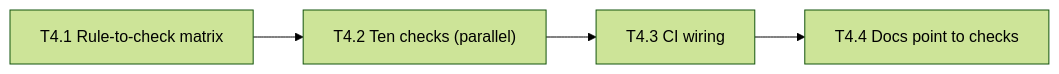
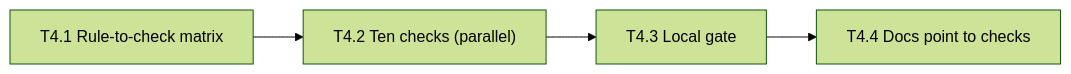
One commit to emliunix/paperfs.rs changed the sixth of 12 diagrams in worklog/2026-11-19/todo.md. Above: the diagram before and after it, drawn with Mermaid (forest theme). The commit also changed other lines of this file and 1 other file, not shown here.

Commit message:
docs(pg): module verification matrix; local verify.sh is authoritative, CI is a mirror

```diff
--- a/worklog/2026-11-19/todo.md
+++ b/worklog/2026-11-19/todo.md
@@ -302,5 +302,5 @@
 ~~~mermaid
 flowchart LR
   T4_1["T4.1 Rule-to-check matrix"] --> T4_2["T4.2 Ten checks (parallel)"]
-  T4_2 --> T4_3["T4.3 CI wiring"] --> T4_4["T4.4 Docs point to checks"]
+  T4_2 --> T4_3["T4.3 Local gate"] --> T4_4["T4.4 Docs point to checks"]
 ~~~
```
